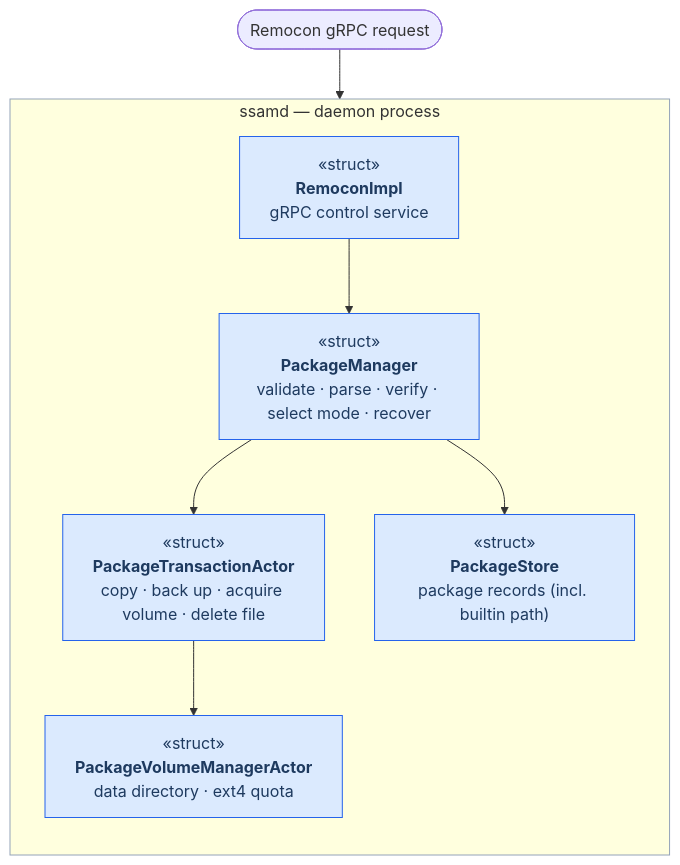
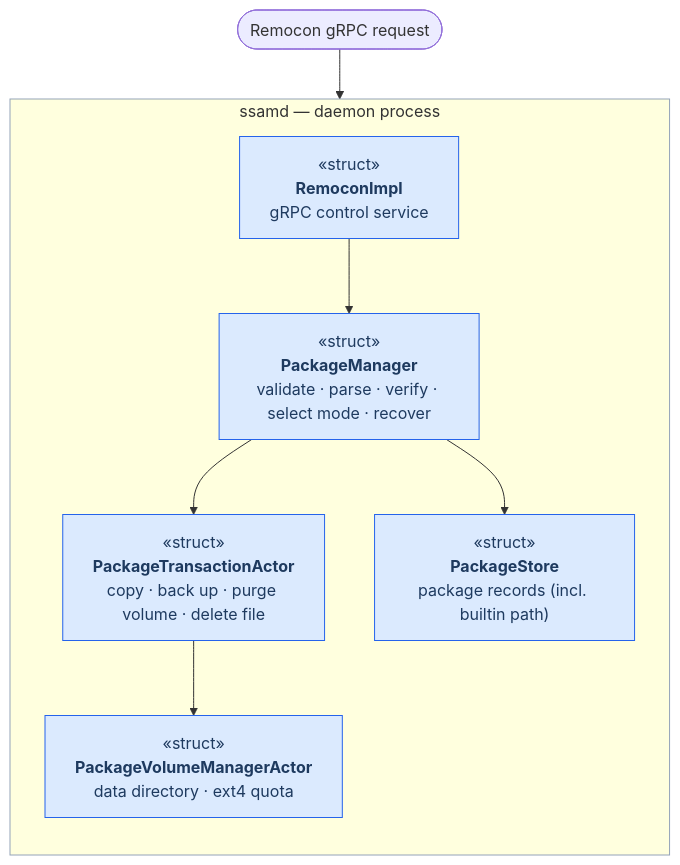
Before and after one commit to mobis-oss/ssam: the second of 2 diagrams in docs/architecture/package-management.md, drawn with Mermaid. The commit also changed other lines of this file and 13 other files, not shown here.

First line of the commit message:
ssamd: acquire the package volume lazily at setup

````diff
--- a/docs/architecture/package-management.md
+++ b/docs/architecture/package-management.md
@@ -43,16 +43,16 @@
 ```mermaid
 flowchart TB
   START(["Remocon gRPC request"]) --> RS
 
   subgraph SD["ssamd — daemon process"]
     direction TB
     RS["«struct»<br/><b>RemoconImpl</b><br/>gRPC control service"] --> PM["«struct»<br/><b>PackageManager</b><br/>validate · parse · verify · select mode · recover"]
-    PM --> PT["«struct»<br/><b>PackageTransactionActor</b><br/>copy · back up · acquire volume · delete file"]
+    PM --> PT["«struct»<br/><b>PackageTransactionActor</b><br/>copy · back up · purge volume · delete file"]
     PM --> PS["«struct»<br/><b>PackageStore</b><br/>package records (incl. builtin path)"]
     PT --> PV["«struct»<br/><b>PackageVolumeManagerActor</b><br/>data directory · ext4 quota"]
   end
 
   classDef actor fill:#dbeafe,stroke:#2563eb,color:#1e3a5f;
   class RS,PM,PT,PS,PV actor;
   style SD stroke:#94a3b8
 ```
````
